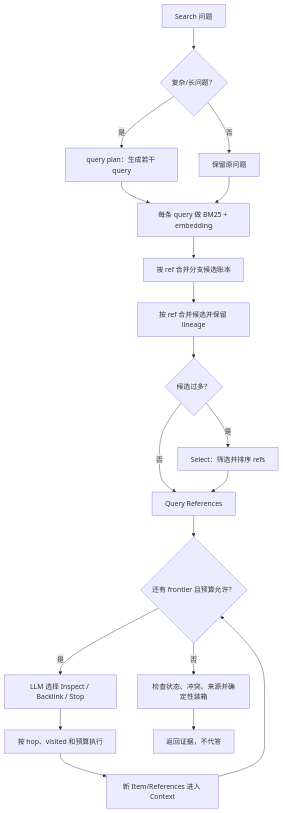
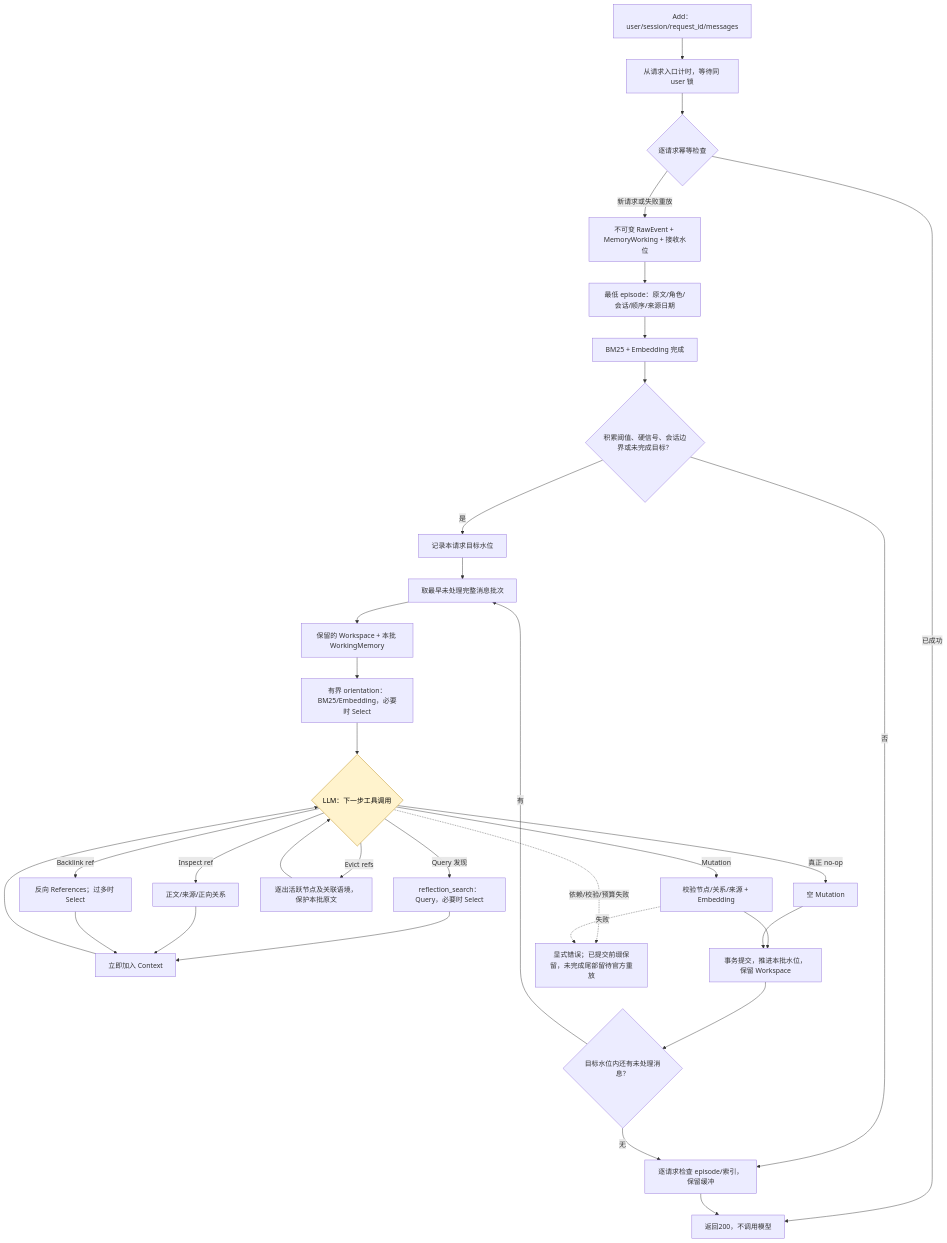
The first of 3 diagrams in DESIGN.md (Graygoo7529/AM-Link), drawn with Mermaid before and after one commit. The commit also changed other lines of this file and 22 other files, not shown here.

Commit message:
fix: 修复 Add/Reflection 消费边界与 Select 证据链路

````diff
--- a/DESIGN.md
+++ b/DESIGN.md
@@ -62,21 +30,37 @@
 ```mermaid
 flowchart TD
-  A[Search 问题] --> B{复杂/长问题？}
-  B -->|是| C[query plan：生成若干 query]
-  B -->|否| D[保留原问题]
-  C --> E[每条 query 做 BM25 + embedding]
-  D --> E
-  E --> F[按 ref 合并分支候选账本]
-  F --> G[按 ref 合并候选并保留 lineage]
-  G --> H{候选过多？}
-  H -->|是| I[Select：筛选并排序 refs]
-  H -->|否| J[Query References]
-  I --> J
-  J --> K{还有 frontier 且预算允许？}
-  K -->|是| L[LLM 选择 Inspect / Backlink / Stop]
-  L --> M[按 hop、visited 和预算执行]
-  M --> N[新 Item/References 进入 Context]
-  N --> K
-  K -->|否| O[检查状态、冲突、来源并确定性装箱]
-  O --> P[返回证据，不代答]
+  A[Add：user/session/request_id/messages] --> B[从请求入口计时，等待同 user 锁]
+  B --> C{逐请求幂等检查}
+  C -->|已成功| Z[返回200，不调用模型]
+  C -->|新请求或失败重放| D[不可变 RawEvent + MemoryWorking + 接收水位]
+  D --> E[最低 episode：原文/角色/会话/顺序/来源日期]
+  E --> F[BM25 + Embedding 完成]
+  F --> G{积累阈值、硬信号、会话边界或未完成目标？}
+  G -->|否| H[逐请求检查 episode/索引，保留缓冲]
+  H --> Z
+  G -->|是| I[记录本请求目标水位]
+  I --> J[取最早未处理完整消息批次]
+  J --> K[保留的 Workspace + 本批 WorkingMemory]
+  K --> O[有界 orientation：BM25/Embedding，必要时 Select]
+  O --> L{LLM：下一步工具调用}
+  L -->|Query 发现| Q[reflection_search：Query，必要时 Select]
+  Q --> K1[立即加入 Context]
+  L -->|Inspect ref| N[正文/来源/正向关系]
+  L -->|Backlink ref| R[反向 References；过多时 Select]
+  N --> K1
+  R --> K1
+  K1 --> L
+  L -->|Evict refs| V[逐出活跃节点及关联语境，保护本批原文]
+  V --> L
+  L -->|Mutation| M[校验节点/关系/来源 + Embedding]
+  L -->|真正 no-op| S[空 Mutation]
+  M --> T[事务提交，推进本批水位，保留 Workspace]
+  S --> T
+  T --> U{目标水位内还有未处理消息？}
+  U -->|有| J
+  U -->|无| H
+  L -.依赖/校验/预算失败.-> X[显式错误；已提交前缀保留，未完成尾部留待官方重放]
+  M -.失败.-> X
+  classDef llm fill:#fff3cd,stroke:#b8860b,color:#000
+  class L llm
 ```
````
